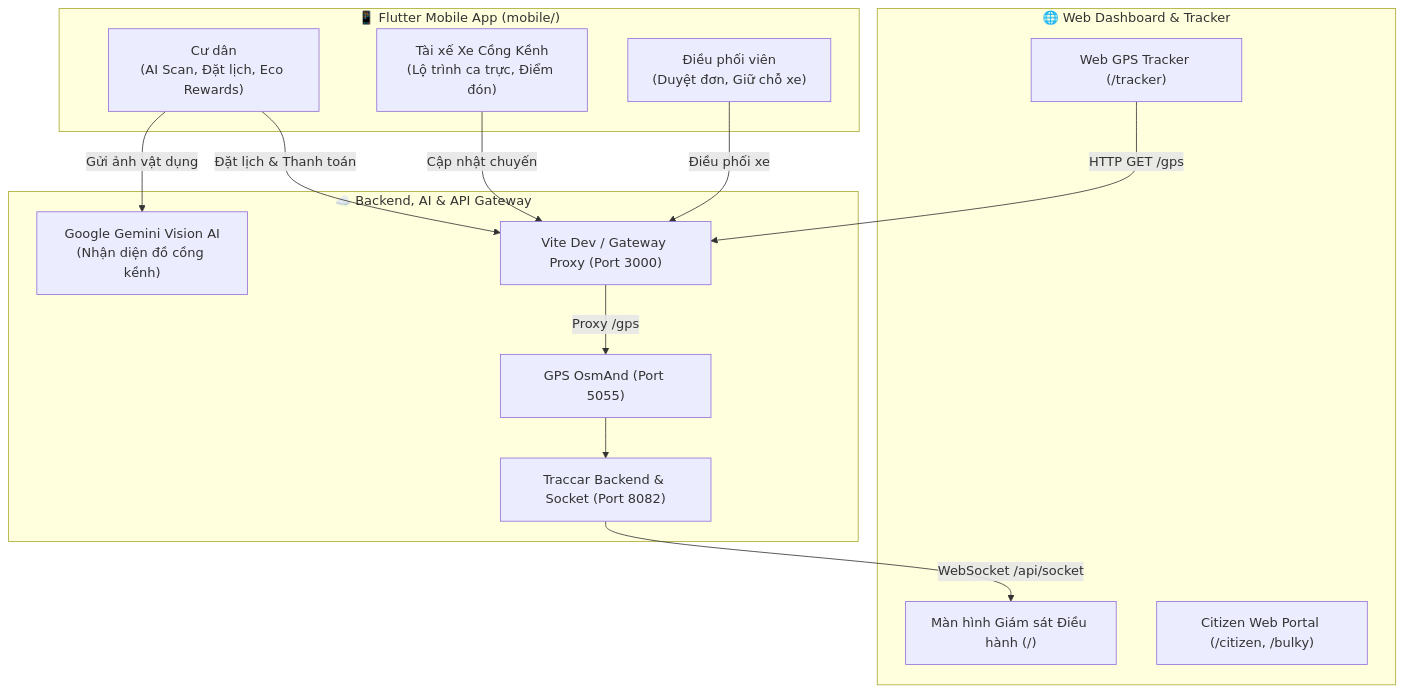
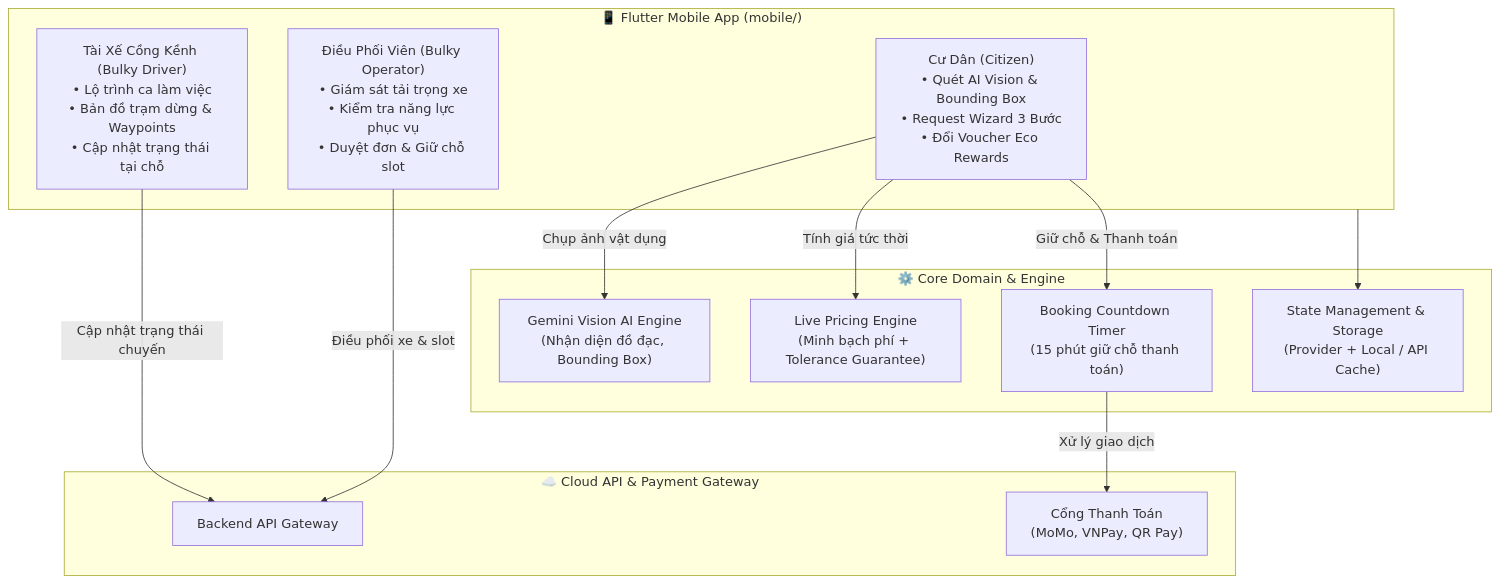
One commit to chinhanxt/NaN-EcoNet changed the diagram in README.md. Above: the diagram before and after it, drawn with Mermaid. The commit also changed other lines of this file, not shown here.

Commit message:
docs: streamline README to focus exclusively on mobile app and bulky citizen portal

````diff
--- a/README.md
+++ b/README.md
@@ -38,30 +47,28 @@
 ```mermaid
 graph TD
-  subgraph FlutterMobile ["📱 Flutter Mobile App (mobile/)"]
-    Citizen["Cư dân\n(AI Scan, Đặt lịch, Eco Rewards)"]
-    BulkyDriver["Tài xế Xe Cồng Kềnh\n(Lộ trình ca trực, Điểm đón)"]
-    BulkyOperator["Điều phối viên\n(Duyệt đơn, Giữ chỗ xe)"]
+  subgraph MobileApp ["📱 Flutter Mobile App (mobile/)"]
+    Citizen["Cư Dân (Citizen)\n• Quét AI Vision & Bounding Box\n• Request Wizard 3 Bước\n• Đổi Voucher Eco Rewards"]
+    Driver["Tài Xế Cồng Kềnh (Bulky Driver)\n• Lộ trình ca làm việc\n• Bản đồ trạm dừng & Waypoints\n• Cập nhật trạng thái tại chỗ"]
+    Operator["Điều Phối Viên (Bulky Operator)\n• Giám sát tải trọng xe\n• Kiểm tra năng lực phục vụ\n• Duyệt đơn & Giữ chỗ slot"]
   end
 
-  subgraph WebClient ["🌐 Web Dashboard & Tracker"]
-    Driver["Web GPS Tracker (/tracker)"]
-    Dashboard["Màn hình Giám sát Điều hành (/)"]
-    CitizenPortal["Citizen Web Portal (/citizen, /bulky)"]
+  subgraph CoreEngine ["⚙️ Core Domain & Engine"]
+    AI["Gemini Vision AI Engine\n(Nhận diện đồ đạc, Bounding Box)"]
+    Pricing["Live Pricing Engine\n(Minh bạch phí + Tolerance Guarantee)"]
+    Countdown["Booking Countdown Timer\n(15 phút giữ chỗ thanh toán)"]
+    Storage["State Management & Storage\n(Provider + Local / API Cache)"]
   end
 
-  subgraph CloudGateway ["☁️ Backend, AI & API Gateway"]
-    Vite["Vite Dev / Gateway Proxy (Port 3000)"]
-    GeminiAI["Google Gemini Vision AI\n(Nhận diện đồ cồng kềnh)"]
-    OsmAnd["GPS OsmAnd (Port 5055)"]
-    Traccar["Traccar Backend & Socket (Port 8082)"]
+  subgraph Gateway ["☁️ Cloud API & Payment Gateway"]
+    API["Backend API Gateway"]
+    Payment["Cổng Thanh Toán\n(MoMo, VNPay, QR Pay)"]
   end
 
-  Citizen -->|Gửi ảnh vật dụng| GeminiAI
-  Citizen -->|Đặt lịch & Thanh toán| Vite
-  BulkyDriver -->|Cập nhật chuyến| Vite
-  BulkyOperator -->|Điều phối xe| Vite
-  Driver -->|HTTP GET /gps| Vite
-  Vite -->|Proxy /gps| OsmAnd
-  OsmAnd --> Traccar
-  Traccar -->|WebSocket /api/socket| Dashboard
+  Citizen -->|Chụp ảnh vật dụng| AI
+  Citizen -->|Tính giá tức thời| Pricing
+  Citizen -->|Giữ chỗ & Thanh toán| Countdown
+  Countdown -->|Xử lý giao dịch| Payment
+  Driver -->|Cập nhật trạng thái chuyến| API
+  Operator -->|Điều phối xe & slot| API
+  MobileApp --> Storage
 ```
````
